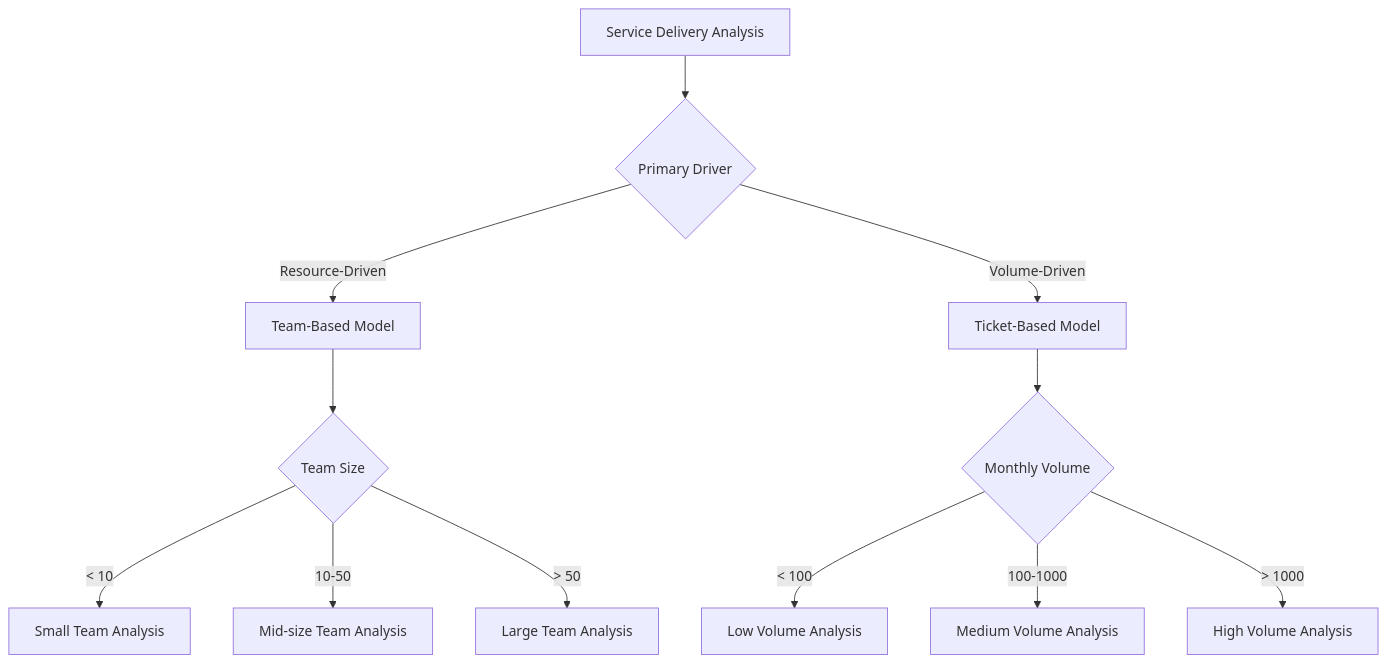
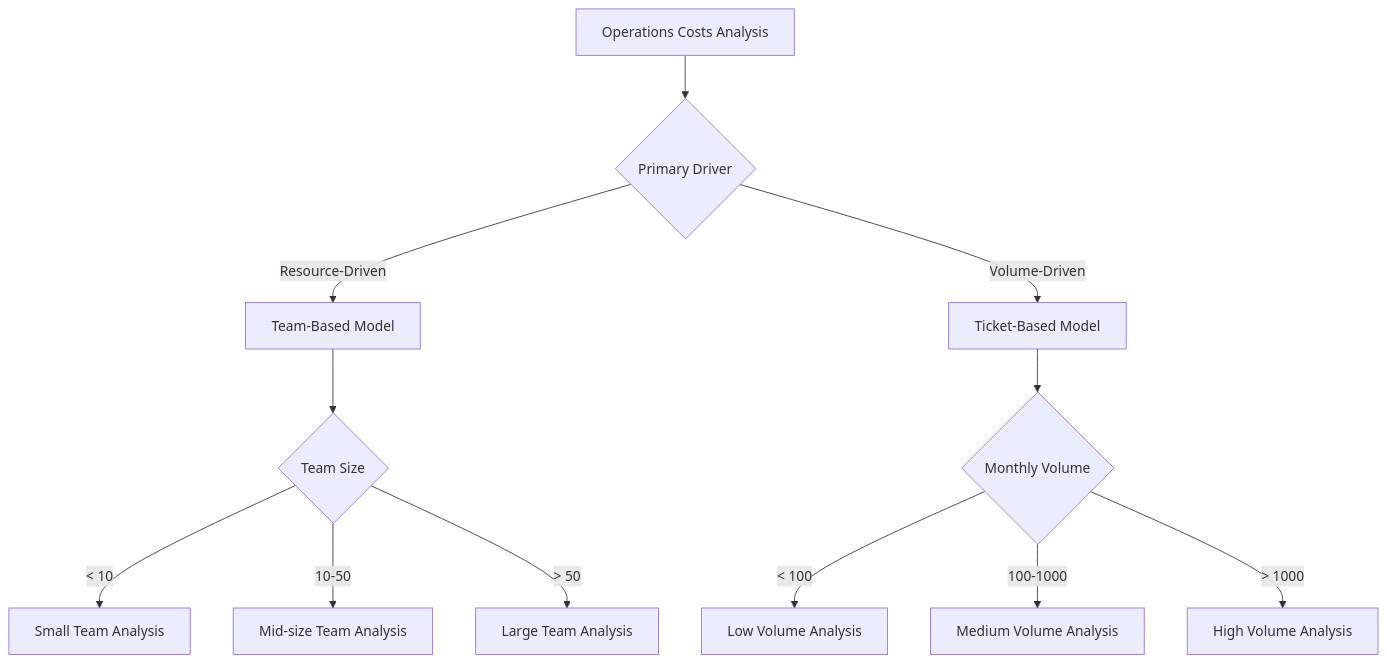
The sixth of 13 diagrams in docs/technical_documentation.md (viktorcessan/CostAnalysis), drawn with Mermaid before and after one commit. The commit also changed other lines of this file and 14 other files, not shown here.

Commit message:
Refactor terminology and documentation to standardize "Service Delivery" to "Operations Costs" v2

````diff
--- a/docs/technical_documentation.md
+++ b/docs/technical_documentation.md
@@ -162,16 +162,16 @@
 ```mermaid
 graph TD
-    A[Service Delivery Analysis] --> B{Primary Driver}
+    A[Operations Costs Analysis] --> B{Primary Driver}
     B -->|Resource-Driven| C[Team-Based Model]
     B -->|Volume-Driven| D[Ticket-Based Model]
     
     C --> E{Team Size}
     E -->|< 10| F[Small Team Analysis]
     E -->|10-50| G[Mid-size Team Analysis]
     E -->|> 50| H[Large Team Analysis]
     
     D --> I{Monthly Volume}
     I -->|< 100| J[Low Volume Analysis]
     I -->|100-1000| K[Medium Volume Analysis]
     I -->|> 1000| L[High Volume Analysis]
 ```
````
